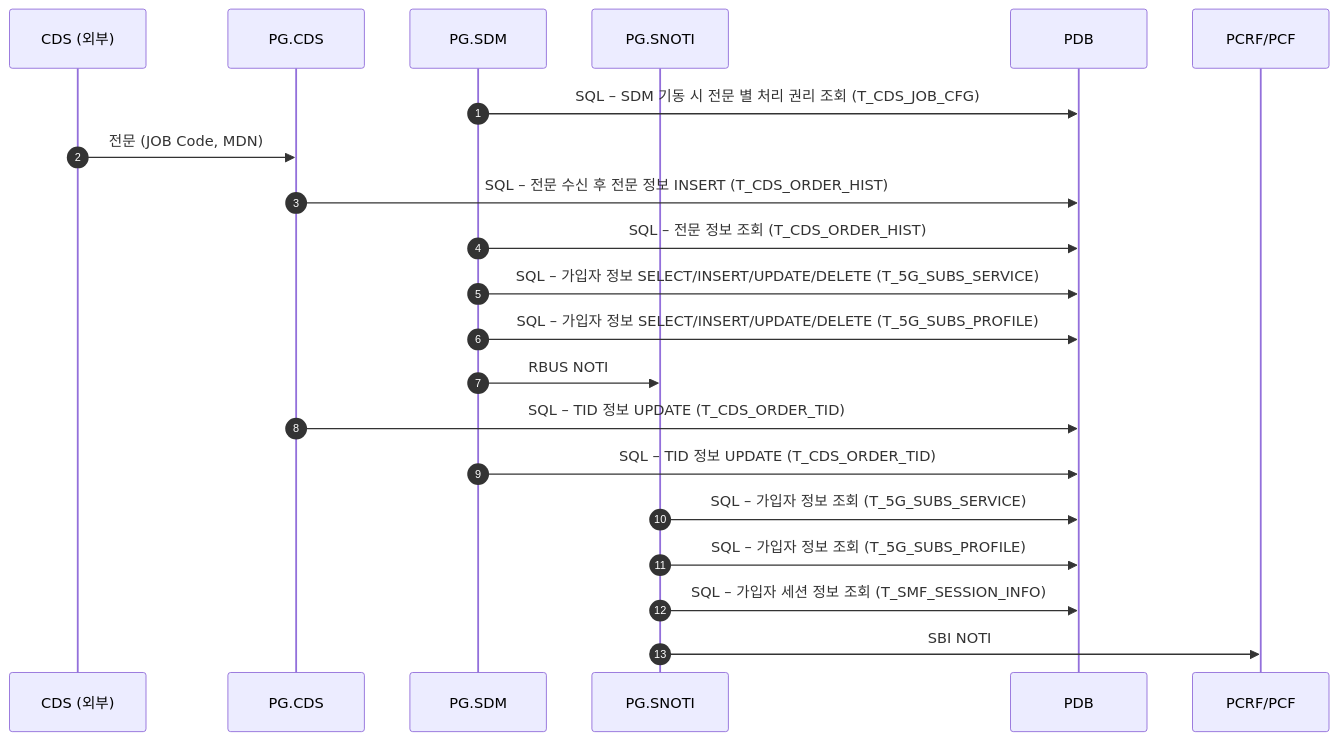
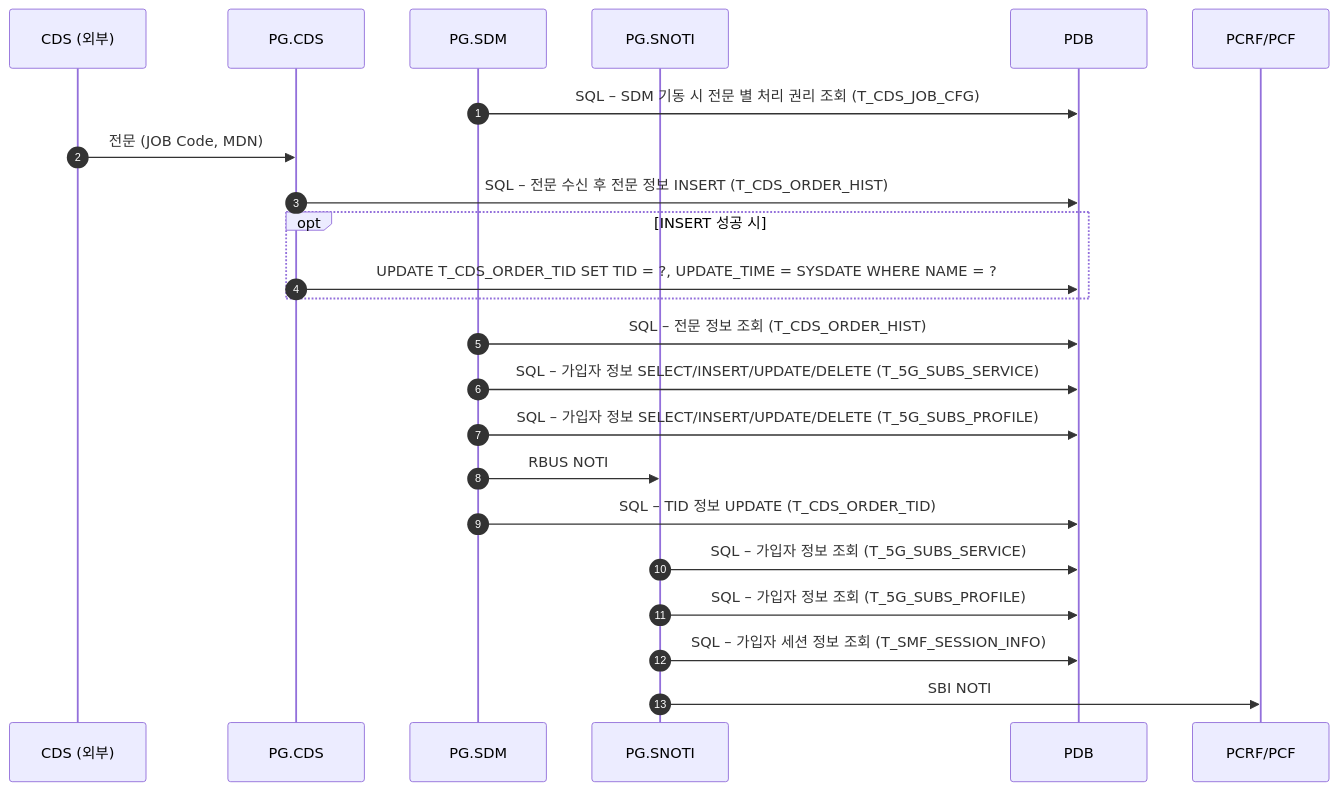
Before and after one commit to IanKim2030/tc4robot: the second of 3 diagrams in docs/callflow/CDS_X1.md, drawn with Mermaid. The commit also changed other lines of this file and 19 other files, not shown here.

First line of the commit message:
docs: 전문 이력 INSERT 성공 시의 TID UPDATE 를 콜플로우에 넣는다

````diff
--- a/docs/callflow/CDS_X1.md
+++ b/docs/callflow/CDS_X1.md
@@ -88,24 +90,26 @@
 ```mermaid
 sequenceDiagram
     autonumber
     participant CDS as CDS (외부)
     participant PCDS as PG.CDS
     participant SDM as PG.SDM
     participant SNOTI as PG.SNOTI
     participant PDB as PDB
     participant PCF as PCRF/PCF
 
     SDM->>PDB: SQL – SDM 기동 시 전문 별 처리 권리 조회 (T_CDS_JOB_CFG)
     CDS->>PCDS: 전문 (JOB Code, MDN)
     PCDS->>PDB: SQL – 전문 수신 후 전문 정보 INSERT (T_CDS_ORDER_HIST)
+    opt INSERT 성공 시
+        PCDS->>PDB: UPDATE T_CDS_ORDER_TID SET TID = ?, UPDATE_TIME = SYSDATE WHERE NAME = ?
+    end
     SDM->>PDB: SQL – 전문 정보 조회 (T_CDS_ORDER_HIST)
     SDM->>PDB: SQL – 가입자 정보 SELECT/INSERT/UPDATE/DELETE (T_5G_SUBS_SERVICE)
     SDM->>PDB: SQL – 가입자 정보 SELECT/INSERT/UPDATE/DELETE (T_5G_SUBS_PROFILE)
     SDM->>SNOTI: RBUS NOTI
-    PCDS->>PDB: SQL – TID 정보 UPDATE (T_CDS_ORDER_TID)
     SDM->>PDB: SQL – TID 정보 UPDATE (T_CDS_ORDER_TID)
     SNOTI->>PDB: SQL – 가입자 정보 조회 (T_5G_SUBS_SERVICE)
     SNOTI->>PDB: SQL – 가입자 정보 조회 (T_5G_SUBS_PROFILE)
     SNOTI->>PDB: SQL – 가입자 세션 정보 조회 (T_SMF_SESSION_INFO)
     SNOTI->>PCF: SBI NOTI
 ```
````
